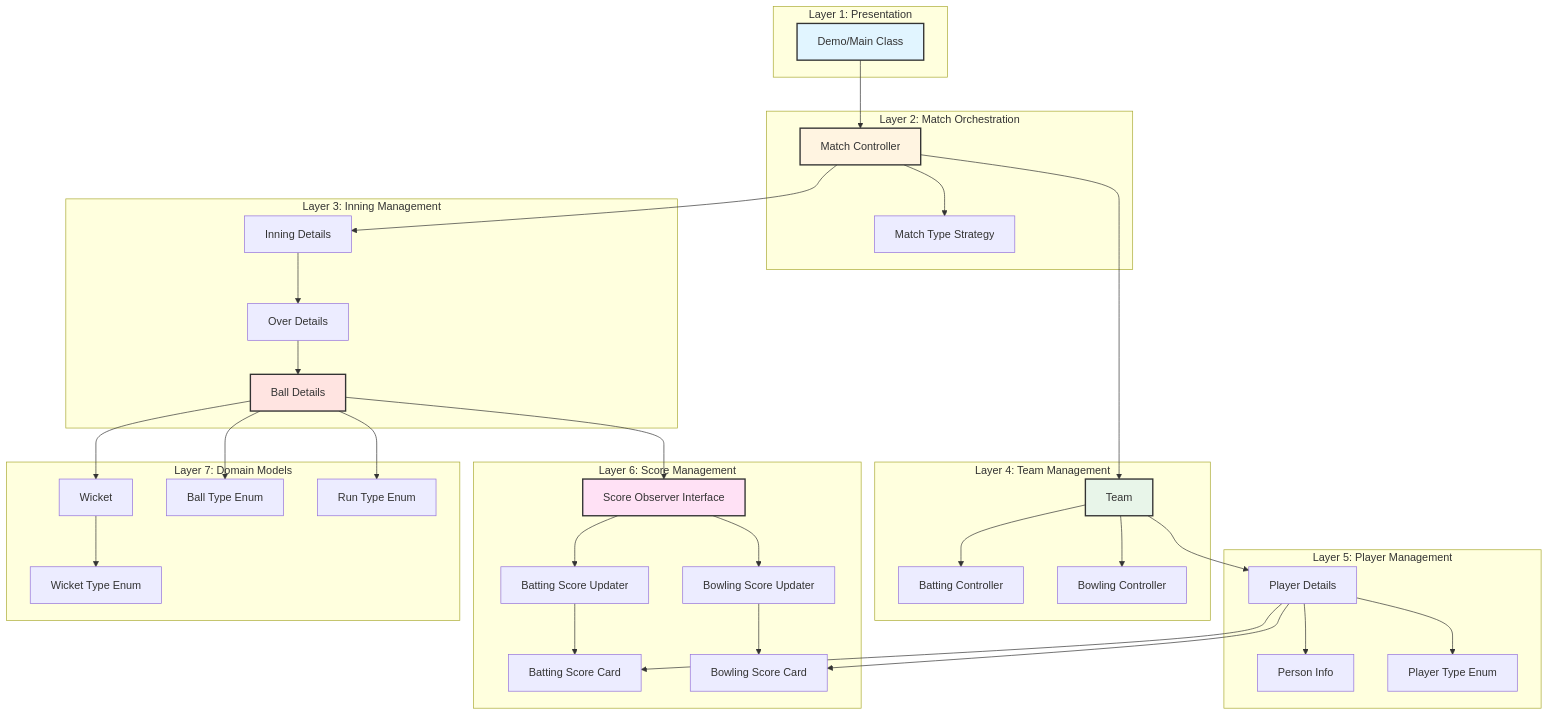
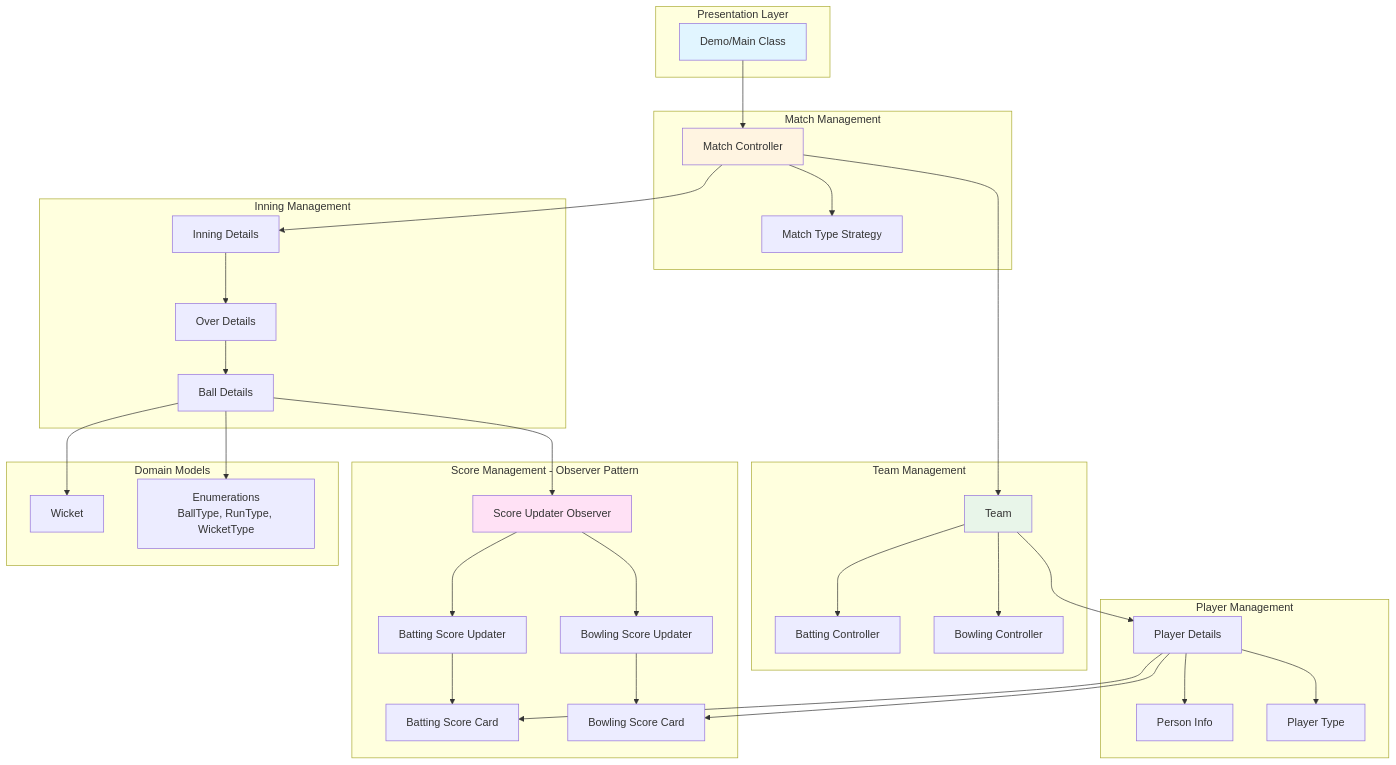
One commit to saikrishnareddy1731/Cricbuzz-Cricket-Match-Simulation- changed the fifth of 7 diagrams in README.md. Above: the diagram before and after it, drawn with Mermaid. The commit also changed other lines of this file, not shown here.

````diff
--- a/README.md
+++ b/README.md
@@ -532,78 +748,73 @@
 ```mermaid
 graph TB
-    subgraph "Layer 1: Presentation"
+    subgraph "Presentation Layer"
         Demo[Demo/Main Class]
     end
     
-    subgraph "Layer 2: Match Orchestration"
+    subgraph "Match Management"
         Match[Match Controller]
         MatchType[Match Type Strategy]
     end
     
-    subgraph "Layer 3: Inning Management"
+    subgraph "Inning Management"
         Inning[Inning Details]
         Over[Over Details]
         Ball[Ball Details]
     end
     
-    subgraph "Layer 4: Team Management"
+    subgraph "Team Management"
         Team[Team]
         BatCtrl[Batting Controller]
         BowlCtrl[Bowling Controller]
     end
     
-    subgraph "Layer 5: Player Management"
+    subgraph "Player Management"
         Player[Player Details]
         Person[Person Info]
-        PlayerType[Player Type Enum]
+        PlayerType[Player Type]
     end
     
-    subgraph "Layer 6: Score Management"
-        Observer[Score Observer Interface]
+    subgraph "Score Management - Observer Pattern"
+        Observer[Score Updater Observer]
         BatUpdate[Batting Score Updater]
         BowlUpdate[Bowling Score Updater]
         BatScore[Batting Score Card]
         BowlScore[Bowling Score Card]
     end
     
-    subgraph "Layer 7: Domain Models"
+    subgraph "Domain Models"
         Wicket[Wicket]
-        BallType[Ball Type Enum]
-        RunType[Run Type Enum]
-        WicketType[Wicket Type Enum]
+        Enums[Enumerations<br/>BallType, RunType, WicketType]
     end
     
     Demo --> Match
     Match --> MatchType
     Match --> Inning
     Match --> Team
     
     Inning --> Over
     Over --> Ball
     
     Team --> BatCtrl
     Team --> BowlCtrl
     Team --> Player
     
     Player --> Person
     Player --> PlayerType
     Player --> BatScore
     Player --> BowlScore
     
     Ball --> Observer
     Observer --> BatUpdate
     Observer --> BowlUpdate
     BatUpdate --> BatScore
     BowlUpdate --> BowlScore
     
     Ball --> Wicket
-    Ball --> BallType
-    Ball --> RunType
-    Wicket --> WicketType
+    Ball --> Enums
     
-    style Demo fill:#e1f5ff,stroke:#333,stroke-width:2px
-    style Match fill:#fff4e1,stroke:#333,stroke-width:2px
-    style Observer fill:#ffe1f5,stroke:#333,stroke-width:2px
-    style Team fill:#e8f5e9,stroke:#333,stroke-width:2px
-    style Ball fill:#ffe4e1,stroke:#333,stroke-width:2px
+    style Demo fill:#e1f5ff
+    style Match fill:#fff4e1
+    style Observer fill:#ffe1f5
+    style Team fill:#e8f5e9
 ```
````
